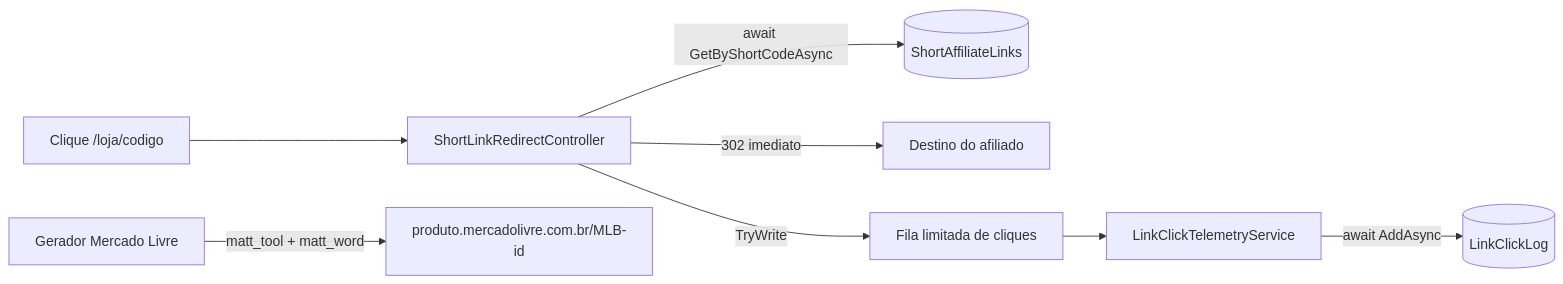
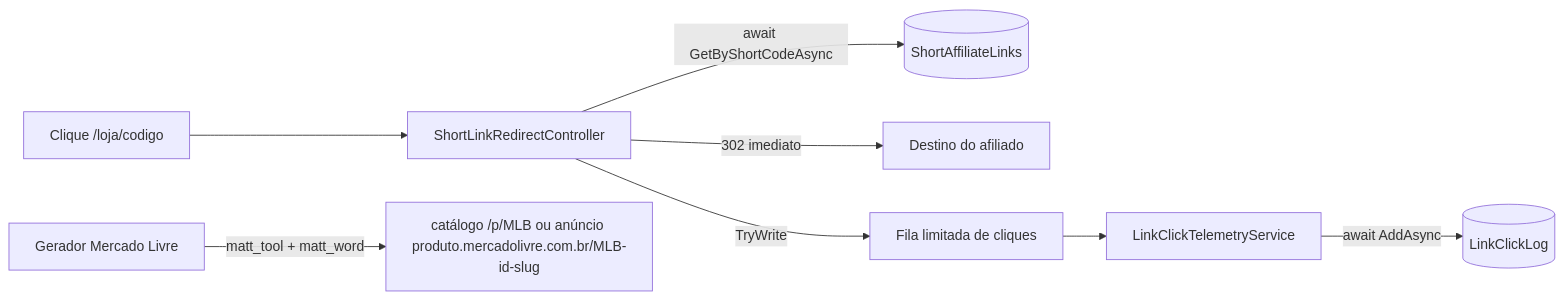
One commit to ronyaraujodeveloper/TecFlow changed diagram 48 of 48 in docs/DIAGRAMAS_ARQUITETURA.md. Above: the diagram before and after it, drawn with Mermaid. The commit also changed other lines of this file and 14 other files, not shown here.

First line of the commit message:
fix(links): preserva a pagina de catalogo do Mercado Livre na conversao

````diff
--- a/docs/DIAGRAMAS_ARQUITETURA.md
+++ b/docs/DIAGRAMAS_ARQUITETURA.md
@@ -2072,10 +2072,10 @@
 ```mermaid
 flowchart LR
   CLICK[Clique /loja/codigo] --> API[ShortLinkRedirectController]
   API -->|await GetByShortCodeAsync| SQL[(ShortAffiliateLinks)]
   API -->|302 imediato| DEST[Destino do afiliado]
   API -->|TryWrite| FILA[Fila limitada de cliques]
   FILA --> BG[LinkClickTelemetryService]
   BG -->|await AddAsync| LOG[(LinkClickLog)]
-  ML[Gerador Mercado Livre] -->|matt_tool + matt_word| URL["produto.mercadolivre.com.br/MLB-id"]
+  ML[Gerador Mercado Livre] -->|matt_tool + matt_word| URL["catálogo /p/MLB ou anúncio produto.mercadolivre.com.br/MLB-id-slug"]
 ```
````
